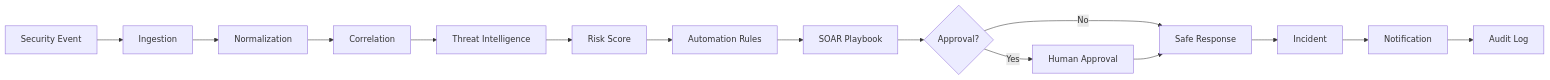
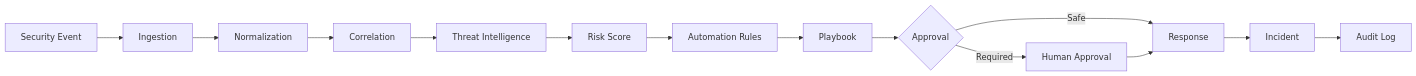
One commit to wwwsahilchand123-maker/SentinelFlow-SOAR changed the diagram in README.md. Above: the diagram before and after it, drawn with Mermaid. The commit also changed other lines of this file, not shown here.

````diff
--- a/README.md
+++ b/README.md
@@ -24,17 +26,16 @@
 ```mermaid
 flowchart LR
  A[Security Event] --> B[Ingestion]
  B --> C[Normalization]
  C --> D[Correlation]
  D --> E[Threat Intelligence]
  E --> F[Risk Score]
  F --> G[Automation Rules]
- G --> H[SOAR Playbook]
- H --> I{Approval?}
- I -->|Yes| J[Human Approval]
- I -->|No| K[Safe Response]
+ G --> H[Playbook]
+ H --> I{Approval}
+ I -->|Required| J[Human Approval]
+ I -->|Safe| K[Response]
  J --> K
  K --> L[Incident]
- L --> M[Notification]
- M --> N[Audit Log]
+ L --> M[Audit Log]
 ```
````
